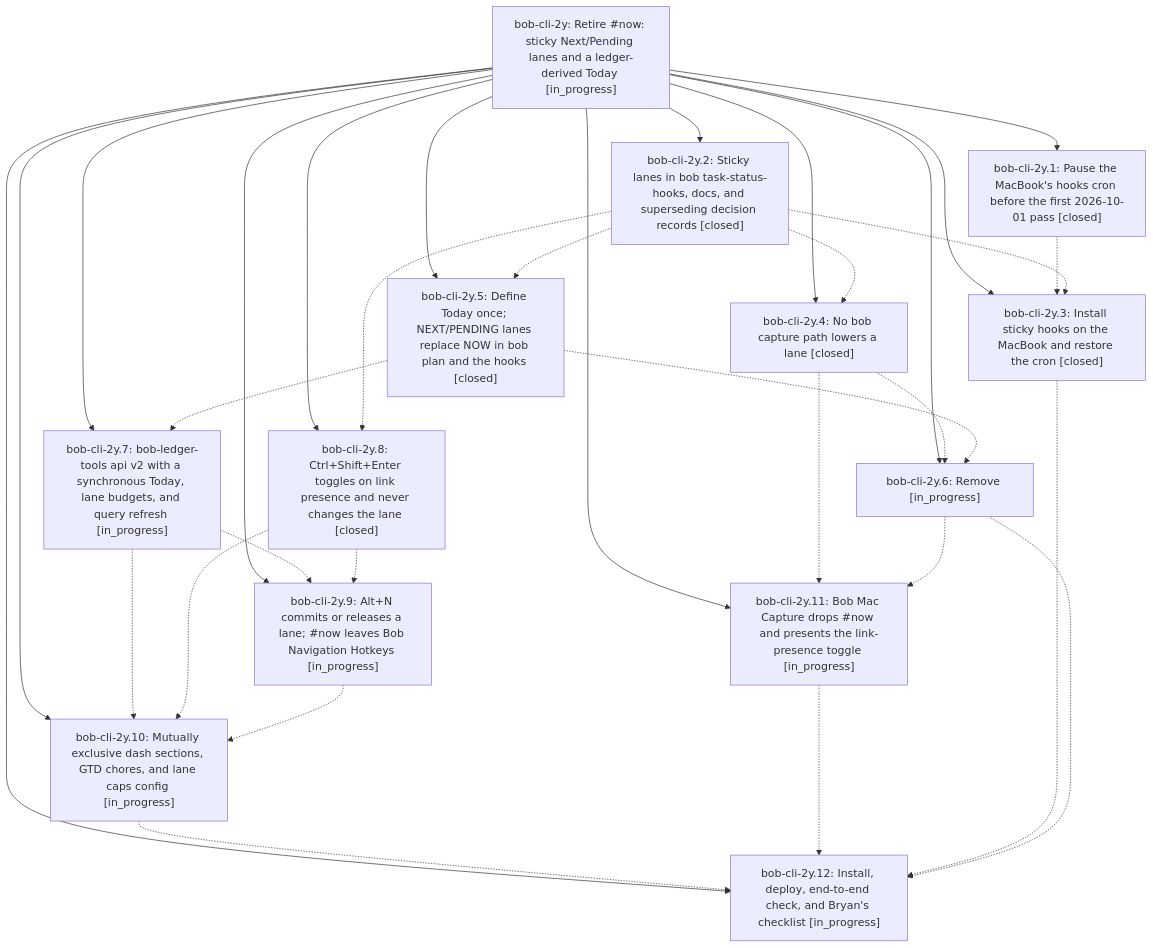
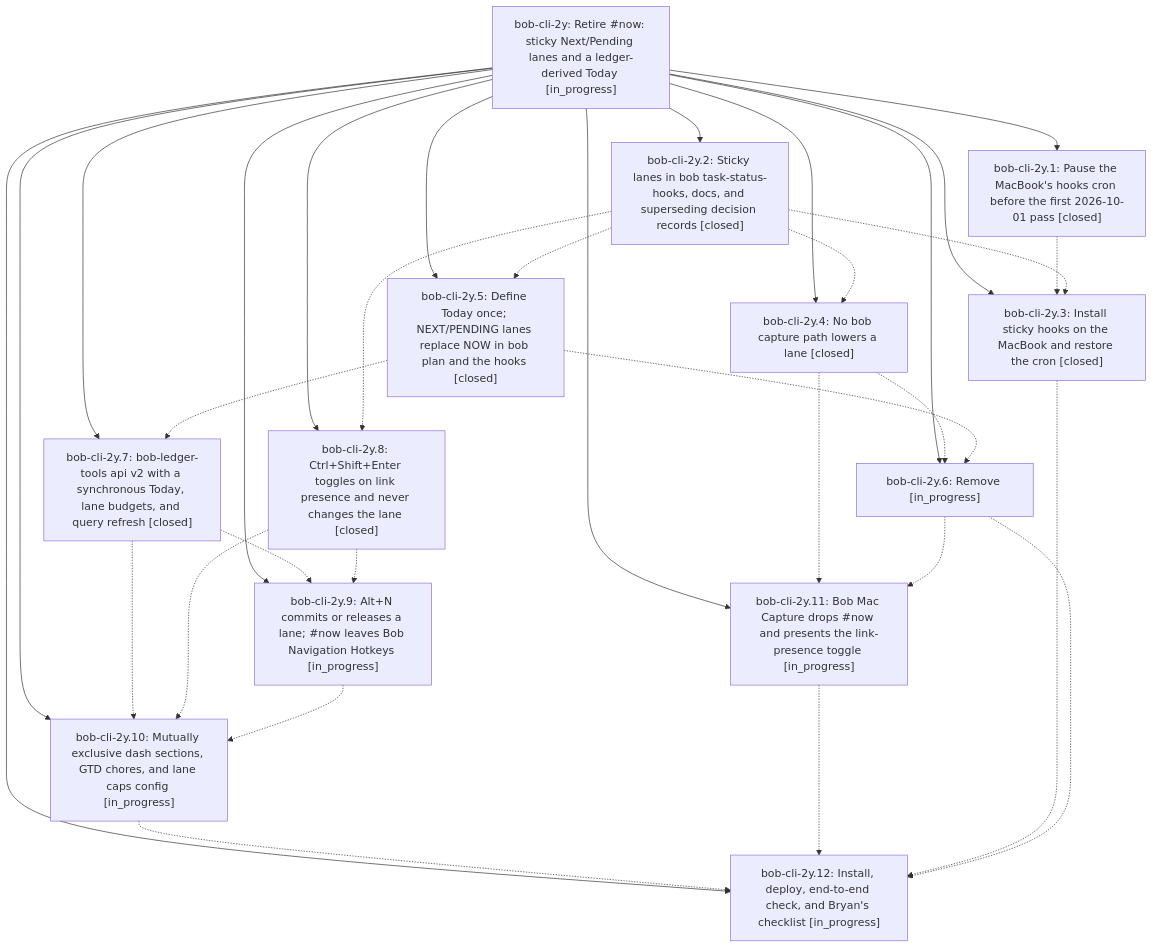
The diagram in pages/bob-cli-2y/README.md (bobs-org/bob-cli--beads), drawn with Mermaid before and after one commit. The commit also changed other lines of this file and 5 other files, not shown here.

First line of the commit message:
chore(beads): sync bead state and pages for bob-cli-2y

````diff
--- a/pages/bob-cli-2y/README.md
+++ b/pages/bob-cli-2y/README.md
@@ -33,47 +33,47 @@
 ```mermaid
 flowchart TD
     n0["bob-cli-2y: Retire #now: sticky Next/Pending lanes and a ledger-derived Today [in_progress]"]
     n1["bob-cli-2y.1: Pause the MacBook's hooks cron before the first 2026-10-01 pass [closed]"]
     n2["bob-cli-2y.10: Mutually exclusive dash sections, GTD chores, and lane caps config [in_progress]"]
     n3["bob-cli-2y.11: Bob Mac Capture drops #now and presents the link-presence toggle [in_progress]"]
     n4["bob-cli-2y.12: Install, deploy, end-to-end check, and Bryan's checklist [in_progress]"]
     n5["bob-cli-2y.2: Sticky lanes in bob task-status-hooks, docs, and superseding decision records [closed]"]
     n6["bob-cli-2y.3: Install sticky hooks on the MacBook and restore the cron [closed]"]
     n7["bob-cli-2y.4: No bob capture path lowers a lane [closed]"]
     n8["bob-cli-2y.5: Define Today once; NEXT/PENDING lanes replace NOW in bob plan and the hooks [closed]"]
     n9["bob-cli-2y.6: Remove [in_progress]"]
-    n10["bob-cli-2y.7: bob-ledger-tools api v2 with a synchronous Today, lane budgets, and query refresh [in_progress]"]
+    n10["bob-cli-2y.7: bob-ledger-tools api v2 with a synchronous Today, lane budgets, and query refresh [closed]"]
     n11["bob-cli-2y.8: Ctrl+Shift+Enter toggles on link presence and never changes the lane [closed]"]
     n12["bob-cli-2y.9: Alt+N commits or releases a lane; #now leaves Bob Navigation Hotkeys [in_progress]"]
     n0 --> n1
     n0 --> n2
     n0 --> n3
     n0 --> n4
     n0 --> n5
     n0 --> n6
     n0 --> n7
     n0 --> n8
     n0 --> n9
     n0 --> n10
     n0 --> n11
     n0 --> n12
     n1 -.-> n6
     n2 -.-> n4
     n3 -.-> n4
     n5 -.-> n6
     n5 -.-> n7
     n5 -.-> n8
     n5 -.-> n11
     n6 -.-> n4
     n7 -.-> n3
     n7 -.-> n9
     n8 -.-> n9
     n8 -.-> n10
     n9 -.-> n3
     n9 -.-> n4
     n10 -.-> n2
     n10 -.-> n12
     n11 -.-> n2
     n11 -.-> n12
     n12 -.-> n2
 ```
````
